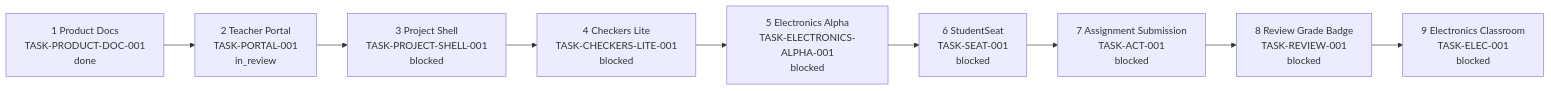
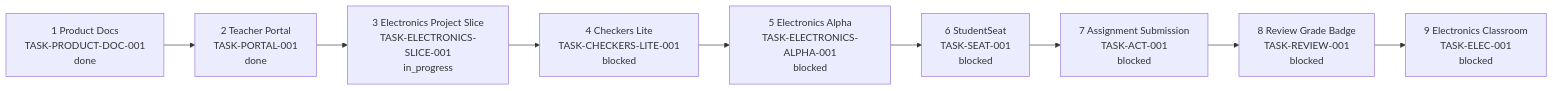
The first of 6 diagrams in docs/project-map/PROJECT_MAP.md (spikeal8-maker/asa-lab), drawn with Mermaid before and after one commit. The commit also changed other lines of this file and 4 other files, not shown here.

First line of the commit message:
chore(map): after-merge transition to the Electronics Project Slice

````diff
--- a/docs/project-map/PROJECT_MAP.md
+++ b/docs/project-map/PROJECT_MAP.md
@@ -21,14 +21,14 @@
 ```mermaid
 flowchart LR
     DOC[1 Product Docs<br/>TASK-PRODUCT-DOC-001<br/>done]
-    PORTAL[2 Teacher Portal<br/>TASK-PORTAL-001<br/>in_review]
-    PROJECT[3 Project Shell<br/>TASK-PROJECT-SHELL-001<br/>blocked]
+    PORTAL[2 Teacher Portal<br/>TASK-PORTAL-001<br/>done]
+    PROJECT[3 Electronics Project Slice<br/>TASK-ELECTRONICS-SLICE-001<br/>in_progress]
     CHECKERS[4 Checkers Lite<br/>TASK-CHECKERS-LITE-001<br/>blocked]
     EALPHA[5 Electronics Alpha<br/>TASK-ELECTRONICS-ALPHA-001<br/>blocked]
     SEAT[6 StudentSeat<br/>TASK-SEAT-001<br/>blocked]
     ACT[7 Assignment Submission<br/>TASK-ACT-001<br/>blocked]
     REVIEW[8 Review Grade Badge<br/>TASK-REVIEW-001<br/>blocked]
     EFULL[9 Electronics Classroom<br/>TASK-ELEC-001<br/>blocked]
 
     DOC --> PORTAL --> PROJECT --> CHECKERS --> EALPHA --> SEAT --> ACT --> REVIEW --> EFULL
 ```
````
